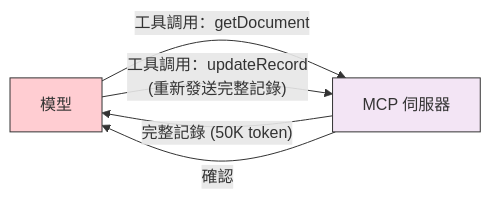
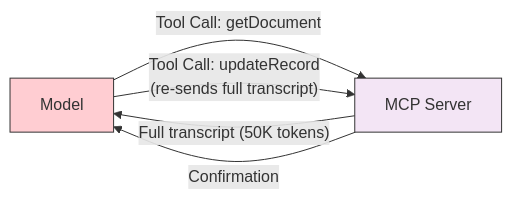
The sixth of 7 diagrams in 05-mcp/README.md (huckly/claude-howto-zh-tw), drawn with Mermaid before and after one commit. The commit also changed other lines of this file, not shown here.

Commit message:
🔌 05-mcp：MCP Protocol — 同步 v2.1.110

````diff
--- a/05-mcp/README.md
+++ b/05-mcp/README.md
@@ -745,10 +744,10 @@
 ```mermaid
 graph LR
-    A["模型"] -->|"工具調用：getDocument"| B["MCP 伺服器"]
-    B -->|"完整記錄 (50K token)"| A
-    A -->|"工具調用：updateRecord<br/>(重新發送完整記錄)"| B
-    B -->|"確認"| A
+    A["Model"] -->|"Tool Call: getDocument"| B["MCP Server"]
+    B -->|"Full transcript (50K tokens)"| A
+    A -->|"Tool Call: updateRecord<br/>(re-sends full transcript)"| B
+    B -->|"Confirmation"| A
 
     style A fill:#ffcdd2,stroke:#333,color:#333
     style B fill:#f3e5f5,stroke:#333,color:#333
 ```
````
